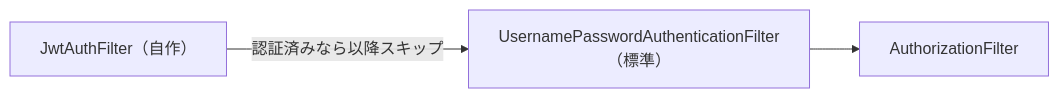
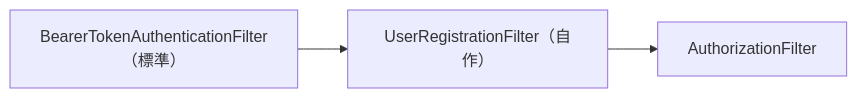
The ninth of 9 diagrams in docs/backend/04-security.md (DRS22DownForce/SmartHouseholdAccountBook), drawn with Mermaid before and after one commit. The commit also changed other lines of this file and 30 other files, not shown here.

Commit message:
バックエンドのユーザー管理機能を改善し、Cognitoからのユーザー情報取得を最適化しました。`User`エンティティからメールアドレスを削除し、`CurrentAuthProvider`クラスの`getCurrentEmail`メソッドを廃止しました。また、JWT認証フィルターを削除し、Cognito向けのJWTデコーダー設定を新たに追加しました。これにより、個人情報の保存を避け、セキュリティを強化しました。関連するテストも更新しました。

````diff
--- a/docs/backend/04-security.md
+++ b/docs/backend/04-security.md
@@ -644,7 +646,7 @@
 ```mermaid
 flowchart LR
-    A["JwtAuthFilter（自作）"]
-    B["UsernamePasswordAuthenticationFilter（標準）"]
+    A["BearerTokenAuthenticationFilter（標準）"]
+    B["UserRegistrationFilter（自作）"]
     C["AuthorizationFilter"]
-    A -- "認証済みなら以降スキップ" --> B --> C
+    A --> B --> C
 ```
````
